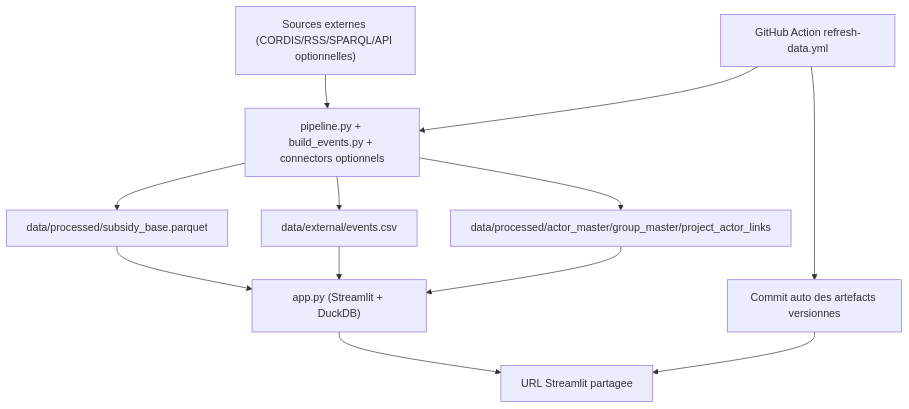
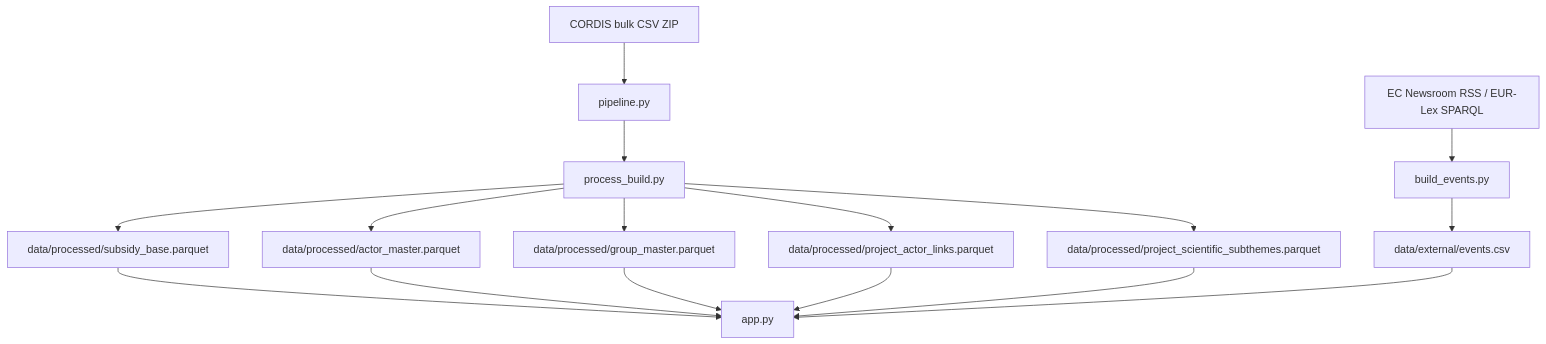
One commit to charlottecrocicchia-netizen/subsidy-intelligence-radar changed the diagram in DOCUMENTATION_TECHNIQUE_COMPLETE.md. Above: the diagram before and after it, drawn with Mermaid. The commit also changed other lines of this file and 4 other files, not shown here.

````diff
--- a/DOCUMENTATION_TECHNIQUE_COMPLETE.md
+++ b/DOCUMENTATION_TECHNIQUE_COMPLETE.md
@@ -21,14 +41,18 @@
 ```mermaid
 flowchart TD
-    A["Sources externes (CORDIS/RSS/SPARQL/API optionnelles)"] --> B["pipeline.py + build_events.py + connectors optionnels"]
-    B --> C["data/processed/subsidy_base.parquet"]
-    B --> D["data/external/events.csv"]
-    B --> E["data/processed/actor_master/group_master/project_actor_links"]
-    C --> F["app.py (Streamlit + DuckDB)"]
-    D --> F
-    E --> F
-    F --> G["URL Streamlit partagee"]
-    H["GitHub Action refresh-data.yml"] --> B
-    H --> I["Commit auto des artefacts versionnes"]
-    I --> G
+    A[CORDIS bulk CSV ZIP] --> B[pipeline.py]
+    B --> C[process_build.py]
+    C --> D[data/processed/subsidy_base.parquet]
+    C --> E[data/processed/actor_master.parquet]
+    C --> F[data/processed/group_master.parquet]
+    C --> G[data/processed/project_actor_links.parquet]
+    C --> H[data/processed/project_scientific_subthemes.parquet]
+    I[EC Newsroom RSS / EUR-Lex SPARQL] --> J[build_events.py]
+    J --> K[data/external/events.csv]
+    D --> L[app.py]
+    E --> L
+    F --> L
+    G --> L
+    H --> L
+    K --> L
 ```
````
